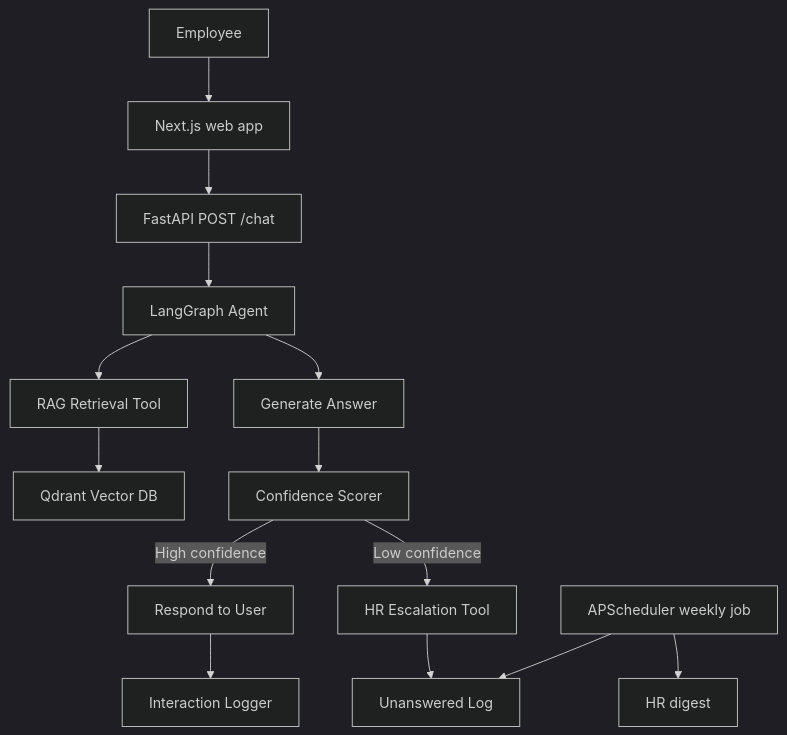
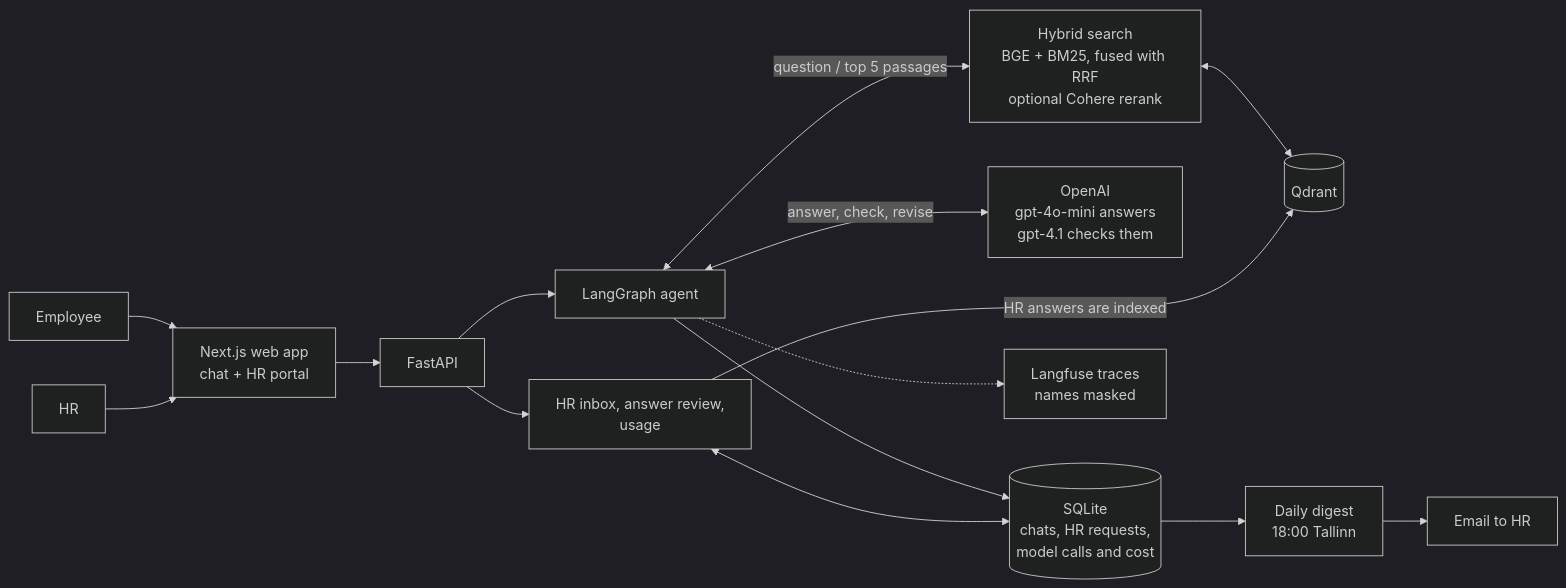
The first of 2 diagrams in README.md (ShishirRijal/hr-onboarding-agent), drawn with Mermaid (dark theme) before and after one commit. The commit also changed other lines of this file and 1 other file, not shown here.

Commit message:
docs: update README architecture, tech stack and web app structure to match the current system

````diff
--- a/README.md
+++ b/README.md
@@ -116,20 +14,16 @@
 ```mermaid
-flowchart TD
-  E[Employee] --> UI[Next.js web app]
-  UI --> API[FastAPI POST /chat]
-  API --> AG[LangGraph Agent]
-
-  AG --> RET[RAG Retrieval Tool]
-  RET --> QD[Qdrant Vector DB]
-  AG --> GEN[Generate Answer]
-  GEN --> SCO[Confidence Scorer]
-
-  SCO -->|High confidence| RESP[Respond to User]
-  RESP --> LOG[Interaction Logger]
-
-  SCO -->|Low confidence| ESC[HR Escalation Tool]
-  ESC --> UN[Unanswered Log]
-
-  SCH[APScheduler weekly job] --> UN
-  SCH --> DIG[HR digest]
+flowchart LR
+  E[Employee] --> WEB[Next.js web app<br/>chat + HR portal]
+  HR[HR] --> WEB
+  WEB --> API[FastAPI]
+  API --> AG[LangGraph agent]
+  AG <-->|question / top 5 passages| RET[Hybrid search<br/>BGE + BM25, fused with RRF<br/>optional Cohere rerank]
+  RET <--> QD[(Qdrant)]
+  AG <-->|answer, check, revise| LLM[OpenAI<br/>gpt-4o-mini answers<br/>gpt-4.1 checks them]
+  AG --> DB[(SQLite<br/>chats, HR requests,<br/>model calls and cost)]
+  AG -.-> LF[Langfuse traces<br/>names masked]
+  API --> PORTAL[HR inbox, answer review,<br/>usage]
+  PORTAL <--> DB
+  PORTAL -->|HR answers are indexed| QD
+  DB --> DIG[Daily digest<br/>18:00 Tallinn] --> MAIL[Email to HR]
 ```
````
